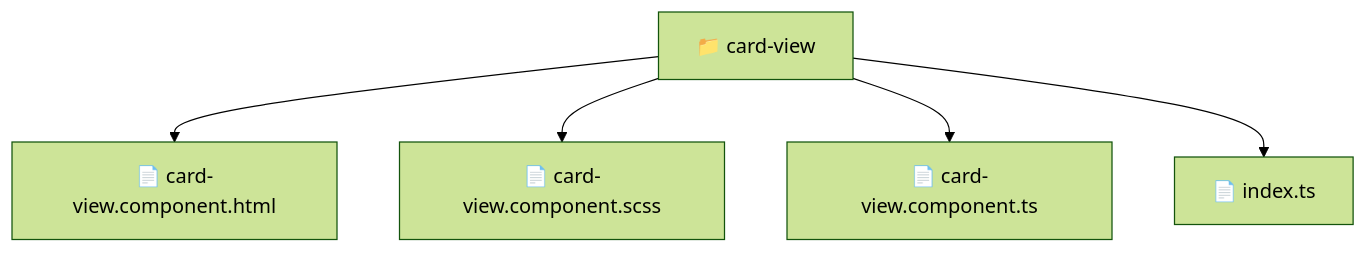
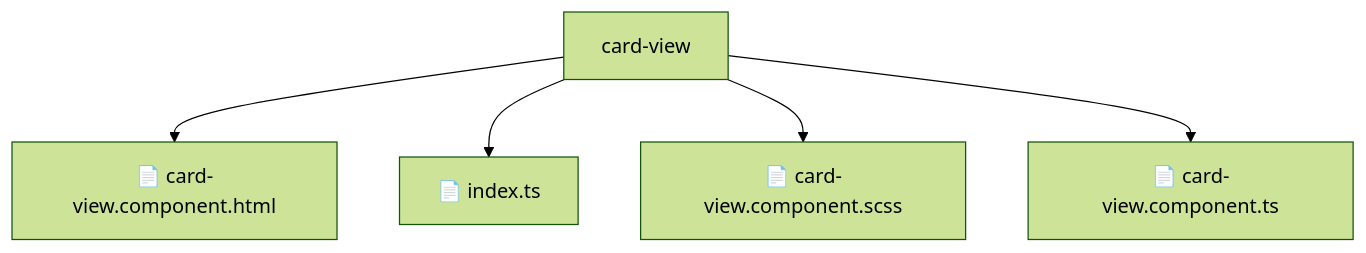
The diagram in frontend/src/shared/ui/card-view/README.md (beginwebdev2002/fullstack-mavluda), drawn with Mermaid (forest theme) before and after one commit. The commit also changed other lines of this file and 155 other files, not shown here.

````diff
--- a/frontend/src/shared/ui/card-view/README.md
+++ b/frontend/src/shared/ui/card-view/README.md
@@ -10,8 +14,8 @@
 ```mermaid
 graph TD
-  Root["📁 card-view"]
-  Root --> cardviewcomponenthtml["📄 card-view.component.html"]
-  Root --> cardviewcomponentscss["📄 card-view.component.scss"]
-  Root --> cardviewcomponentts["📄 card-view.component.ts"]
-  Root --> indexts["📄 index.ts"]
+    Root[card-view]
+    Root --> F0[📄 card-view.component.html]
+    Root --> F1[📄 index.ts]
+    Root --> F2[📄 card-view.component.scss]
+    Root --> F3[📄 card-view.component.ts]
 ```
````
